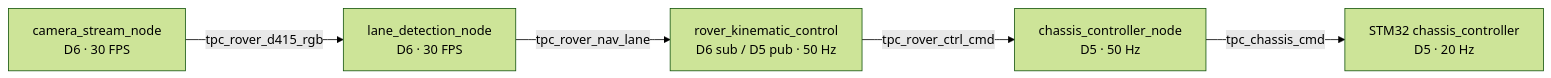
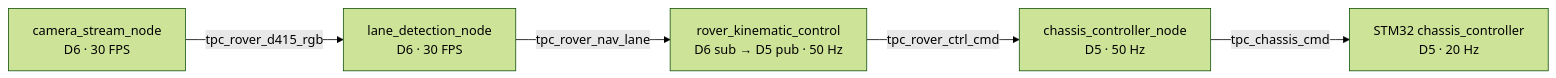
Before and after one commit to RoboticsGG/almondmatcha: the second of 3 diagrams in docs/ARCHITECTURE.md, drawn with Mermaid (forest theme). The commit also changed other lines of this file and 5 other files, not shown here.

````diff
--- a/docs/ARCHITECTURE.md
+++ b/docs/ARCHITECTURE.md
@@ -140,7 +172,7 @@
 ```mermaid
 flowchart LR
     CAM["camera_stream_node\nD6 · 30 FPS"] -->|tpc_rover_d415_rgb| LANE["lane_detection_node\nD6 · 30 FPS"]
-    LANE -->|tpc_rover_nav_lane| CTRL["rover_kinematic_control\nD6 sub / D5 pub · 50 Hz"]
+    LANE -->|tpc_rover_nav_lane| CTRL["rover_kinematic_control\nD6 sub → D5 pub · 50 Hz"]
     CTRL -->|tpc_rover_ctrl_cmd| CC["chassis_controller_node\nD5 · 50 Hz"]
     CC -->|tpc_chassis_cmd| MTR["STM32 chassis_controller\nD5 · 20 Hz"]
 ```
````
